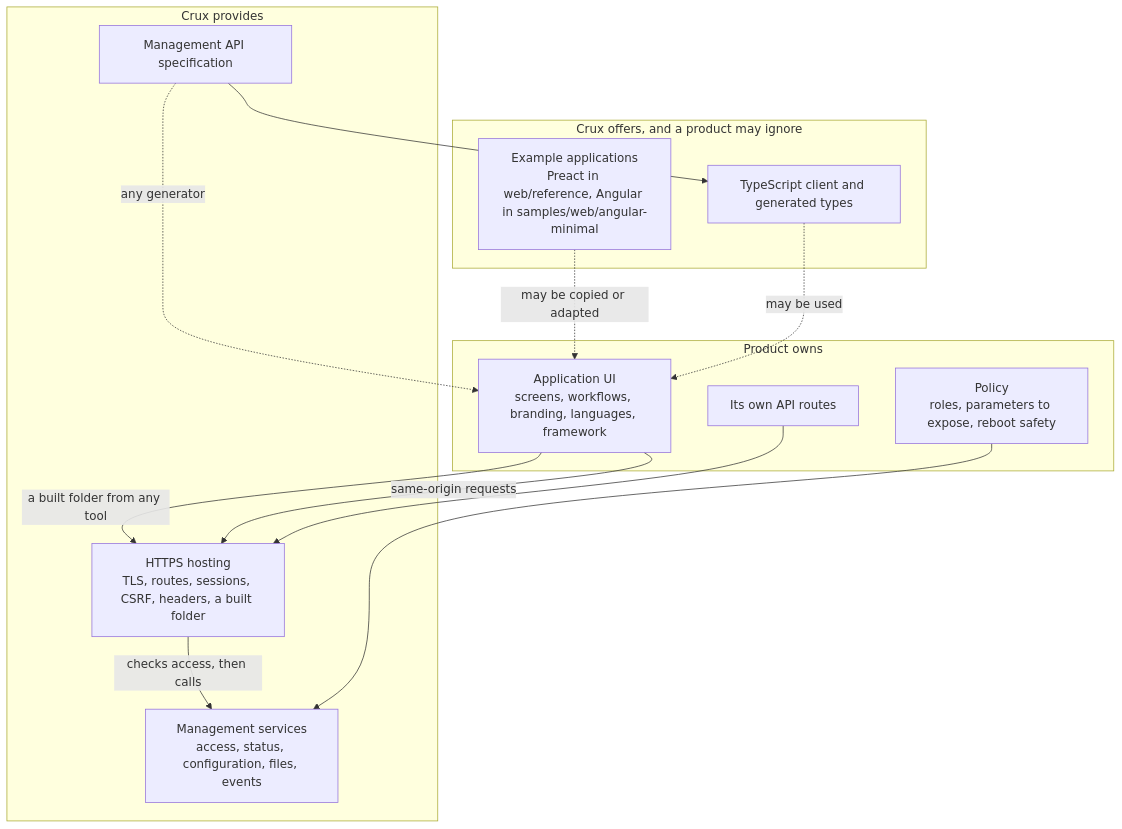
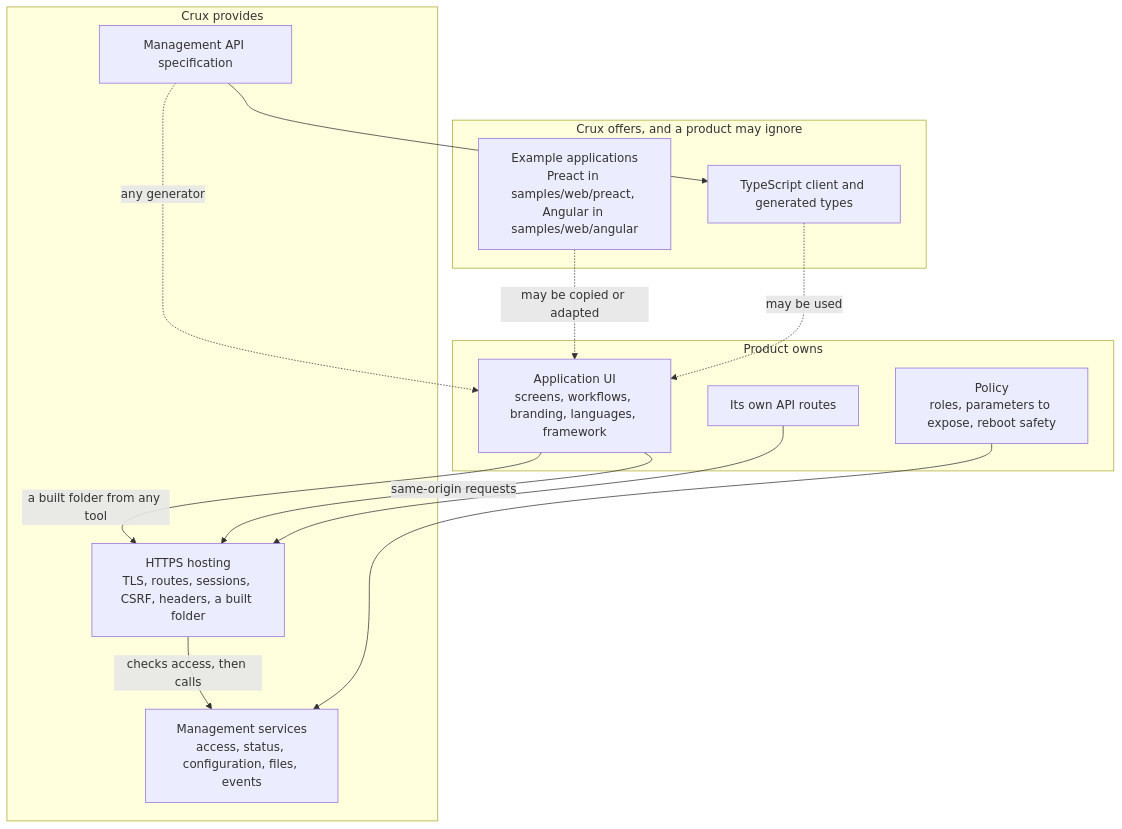
Before and after one commit to wonny-labs/crux-pilot: the diagram in docs/plans/web-frontend-foundation-design.md, drawn with Mermaid. The commit also changed other lines of this file and 74 other files, not shown here.

First line of the commit message:
Move the Preact example to samples/web/preact and rename both examples by framework

````diff
--- a/docs/plans/web-frontend-foundation-design.md
+++ b/docs/plans/web-frontend-foundation-design.md
@@ -14,26 +14,26 @@
 ```mermaid
 flowchart TB
     subgraph product["Product owns"]
         ui["Application UI<br/>screens, workflows, branding, languages, framework"]
         policy["Policy<br/>roles, parameters to expose, reboot safety"]
         routes["Its own API routes"]
     end
     subgraph optional["Crux offers, and a product may ignore"]
-        examples["Example applications<br/>Preact in web/reference, Angular in samples/web/angular-minimal"]
+        examples["Example applications<br/>Preact in samples/web/preact, Angular in samples/web/angular"]
         client["TypeScript client and generated types"]
     end
     subgraph crux["Crux provides"]
         spec["Management API specification"]
         hosting["HTTPS hosting<br/>TLS, routes, sessions, CSRF, headers, a built folder"]
         services["Management services<br/>access, status, configuration, files, events"]
     end
     ui -- "a built folder from any tool" --> hosting
     ui -- "same-origin requests" --> hosting
     examples -. "may be copied or adapted" .-> ui
     client -. "may be used" .-> ui
     spec --> client
     spec -. "any generator" .-> ui
     routes --> hosting
     hosting -- "checks access, then calls" --> services
     policy --> services
 ```
````
